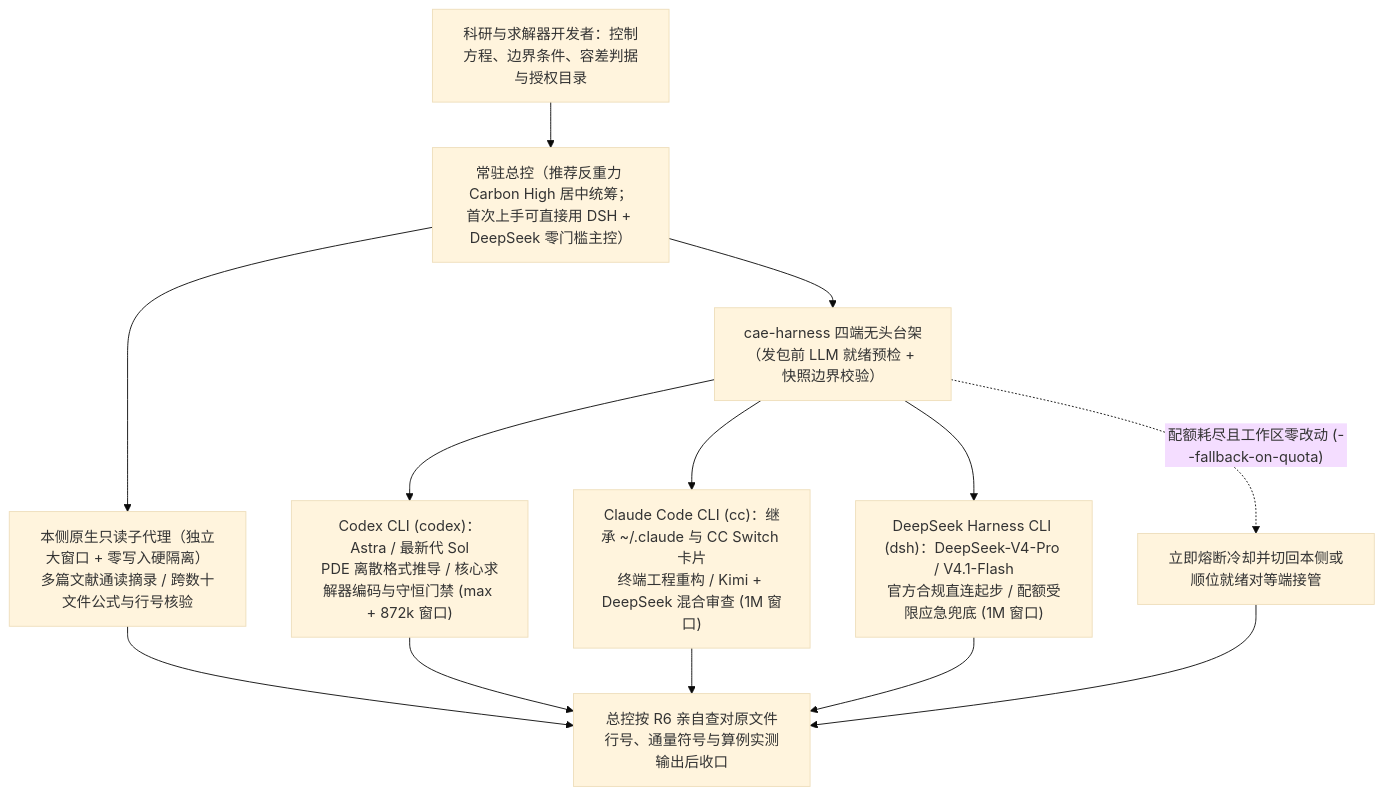
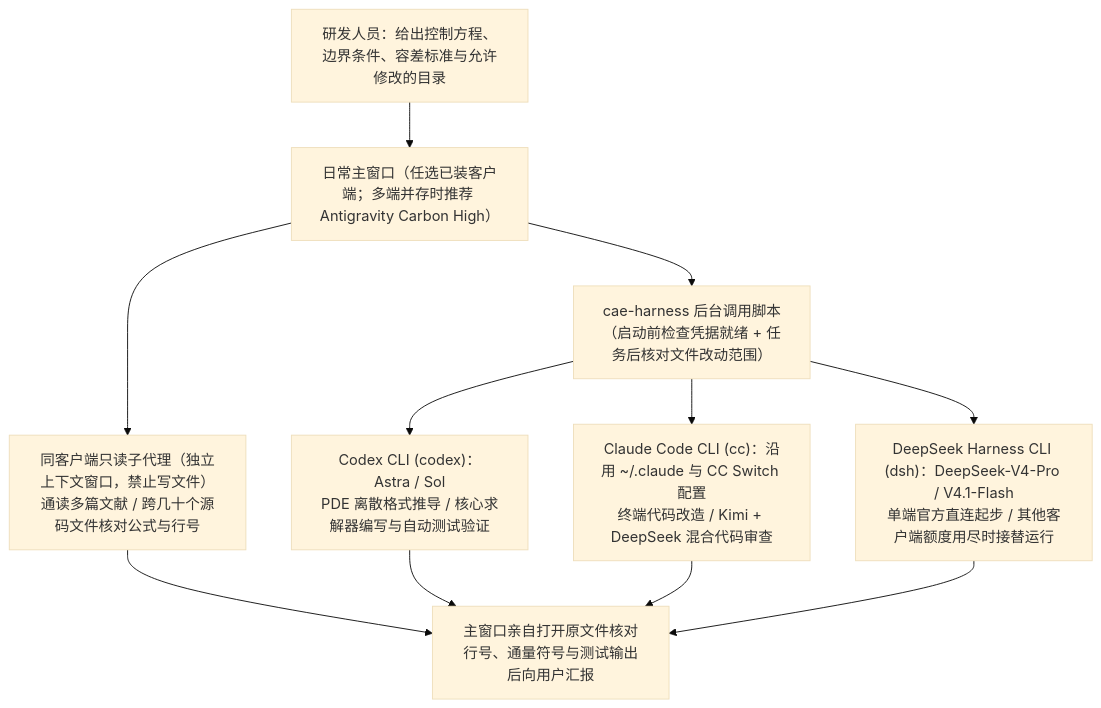
The diagram in README.md (Xinyu-Li-1997/Antigravity_Codex_ClaudeCode_DeepSeekHarness), drawn with Mermaid (base theme) before and after one commit. The commit also changed other lines of this file and 13 other files, not shown here.

````diff
--- a/README.md
+++ b/README.md
@@ -61,15 +87,13 @@
 ```mermaid
 flowchart TB
-    U["科研与求解器开发者：控制方程、边界条件、容差判据与授权目录"] --> M["常驻总控（推荐反重力 Carbon High 居中统筹；<br/>首次上手可直接用 DSH + DeepSeek 零门槛主控）"]
-    M --> N["本侧原生只读子代理（独立大窗口 + 零写入硬隔离）<br/>多篇文献通读摘录 / 跨数十文件公式与行号核验"]
-    M --> H["cae-harness 四端无头台架（发包前 LLM 就绪预检 + 快照边界校验）"]
-    H --> C["Codex CLI (codex)：Astra / 最新代 Sol<br/>PDE 离散格式推导 / 核心求解器编码与守恒门禁 (max + 872k 窗口)"]
-    H --> CC["Claude Code CLI (cc)：继承 ~/.claude 与 CC Switch 卡片<br/>终端工程重构 / Kimi + DeepSeek 混合审查 (1M 窗口)"]
-    H --> D["DeepSeek Harness CLI (dsh)：DeepSeek-V4-Pro / V4.1-Flash<br/>官方合规直连起步 / 配额受限应急兜底 (1M 窗口)"]
-    H -. "配额耗尽且工作区零改动 (--fallback-on-quota)" .-> F["立即熔断冷却并切回本侧或顺位就绪对等端接管"]
-    N --> R["总控按 R6 亲自查对原文件行号、通量符号与算例实测输出后收口"]
+    U["研发人员：给出控制方程、边界条件、容差标准与允许修改的目录"] --> M["日常主窗口（任选已装客户端；多端并存时推荐 Antigravity Carbon High）"]
+    M --> N["同客户端只读子代理（独立上下文窗口，禁止写文件）<br/>通读多篇文献 / 跨几十个源码文件核对公式与行号"]
+    M --> H["cae-harness 后台调用脚本（启动前检查凭据就绪 + 任务后核对文件改动范围）"]
+    H --> C["Codex CLI (codex)：Astra / Sol<br/>PDE 离散格式推导 / 核心求解器编写与自动测试验证"]
+    H --> CC["Claude Code CLI (cc)：沿用 ~/.claude 与 CC Switch 配置<br/>终端代码改造 / Kimi + DeepSeek 混合代码审查"]
+    H --> D["DeepSeek Harness CLI (dsh)：DeepSeek-V4-Pro / V4.1-Flash<br/>单端官方直连起步 / 其他客户端额度用尽时接替运行"]
+    N --> R["主窗口亲自打开原文件核对行号、通量符号与测试输出后向用户汇报"]
     C --> R
     CC --> R
     D --> R
-    F --> R
 ```
````
